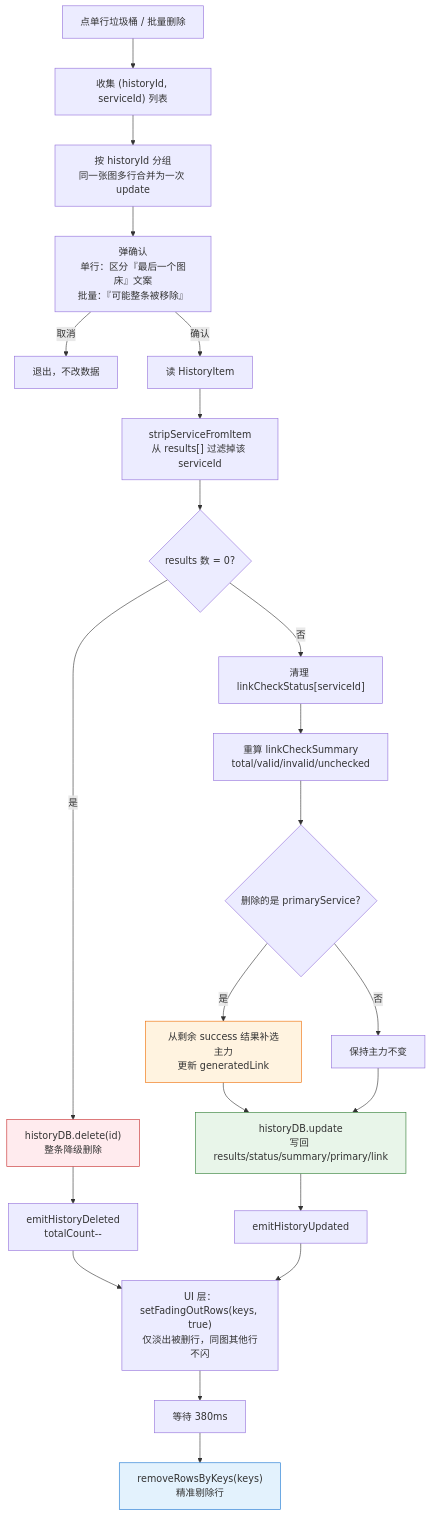
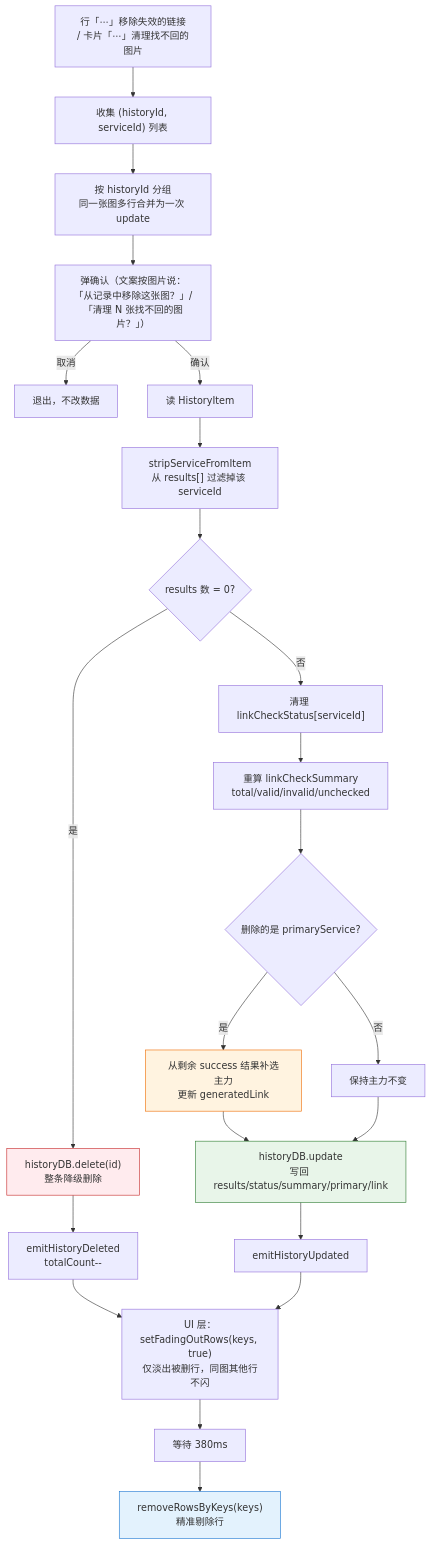
The fifth of 5 diagrams in docs/flows/link-check-flow.md (joeyliu6/PicNexus), drawn with Mermaid before and after one commit. The commit also changed other lines of this file and 1 other file, not shown here.

````diff
--- a/docs/flows/link-check-flow.md
+++ b/docs/flows/link-check-flow.md
@@ -427,32 +358,32 @@
 ```mermaid
 flowchart TD
-    A["点单行垃圾桶 / 批量删除"] --> B["收集 (historyId, serviceId) 列表"]
+    A["行「⋯」移除失效的链接<br/>/ 卡片「⋯」清理找不回的图片"] --> B["收集 (historyId, serviceId) 列表"]
     B --> C["按 historyId 分组<br/>同一张图多行合并为一次 update"]
-    C --> D["弹确认<br/>单行：区分『最后一个图床』文案<br/>批量：『可能整条被移除』"]
+    C --> D["弹确认（文案按图片说：<br/>「从记录中移除这张图？」/「清理 N 张找不回的图片？」）"]
     D -- 取消 --> Z1["退出，不改数据"]
     D -- 确认 --> E["读 HistoryItem"]
     E --> F["stripServiceFromItem<br/>从 results[] 过滤掉该 serviceId"]
     F --> G{results 数 = 0?}
 
     G -- 是 --> H1["historyDB.delete(id)<br/>整条降级删除"]
     H1 --> H2["emitHistoryDeleted<br/>totalCount--"]
 
     G -- 否 --> I1["清理 linkCheckStatus[serviceId]"]
     I1 --> I2["重算 linkCheckSummary<br/>total/valid/invalid/unchecked"]
     I2 --> J{删除的是 primaryService?}
     J -- 是 --> K1["从剩余 success 结果补选主力<br/>更新 generatedLink"]
     J -- 否 --> K2["保持主力不变"]
     K1 --> L1["historyDB.update<br/>写回 results/status/summary/primary/link"]
     K2 --> L1
     L1 --> L2["emitHistoryUpdated"]
 
     H2 --> M["UI 层：setFadingOutRows(keys, true)<br/>仅淡出被删行，同图其他行不闪"]
     L2 --> M
     M --> M1["等待 380ms"]
     M1 --> M2["removeRowsByKeys(keys)<br/>精准剔除行"]
 
     style H1 fill:#ffebee,stroke:#c62828
     style K1 fill:#fff3e0,stroke:#ef6c00
     style L1 fill:#e8f5e9,stroke:#2e7d32
     style M2 fill:#e3f2fd,stroke:#1976d2
 ```
````
